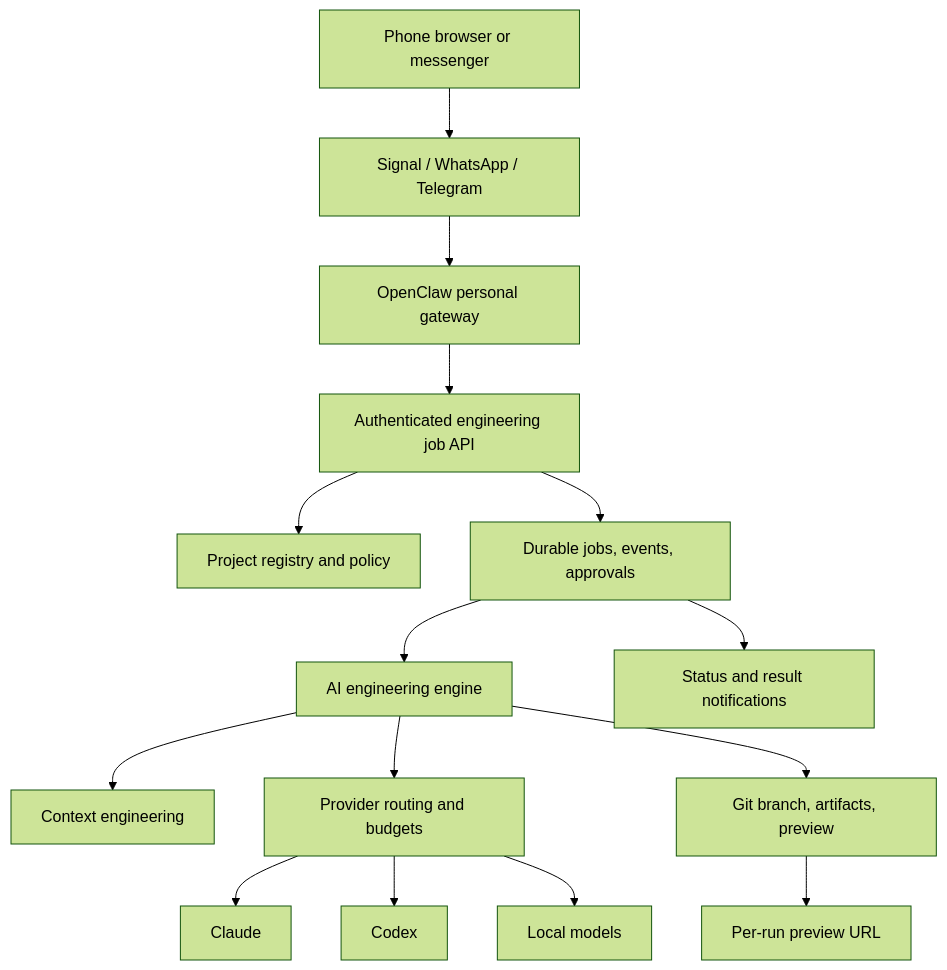
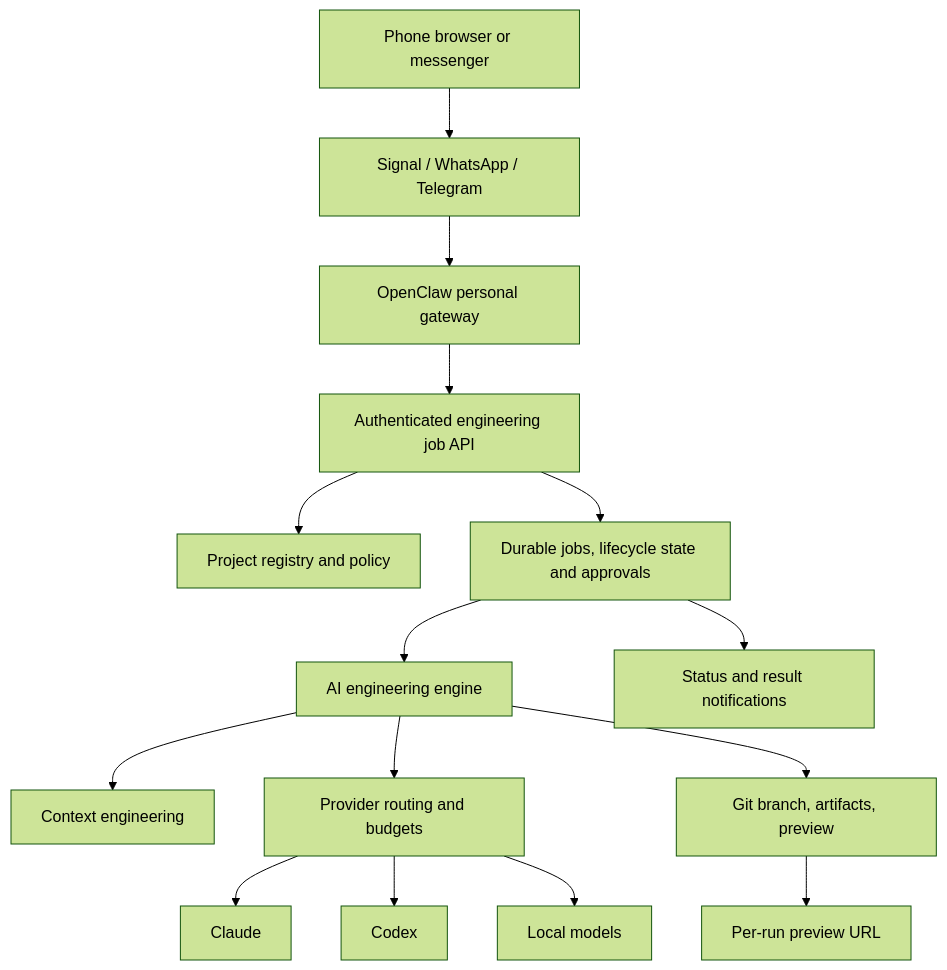
Before and after one commit to 4nass/ai-platform: the third of 3 diagrams in docs/architecture.md, drawn with Mermaid (forest theme). The commit also changed other lines of this file and 12 other files, not shown here.

````diff
--- a/docs/architecture.md
+++ b/docs/architecture.md
@@ -103,17 +103,17 @@
 ```mermaid
 flowchart TD
     PHONE["Phone browser or messenger"] --> CHANNEL["Signal / WhatsApp / Telegram"]
     CHANNEL --> GATEWAY["OpenClaw personal gateway"]
     GATEWAY --> API["Authenticated engineering job API"]
     API --> REG["Project registry and policy"]
-    API --> JOBS["Durable jobs, events, approvals"]
+    API --> JOBS["Durable jobs, lifecycle state and approvals"]
     JOBS --> ENGINE["AI engineering engine"]
     ENGINE --> CONTEXT["Context engineering"]
     ENGINE --> ROUTING["Provider routing and budgets"]
     ENGINE --> DELIVERY["Git branch, artifacts, preview"]
     ROUTING --> C["Claude"]
     ROUTING --> X["Codex"]
     ROUTING --> L["Local models"]
     DELIVERY --> PREVIEW["Per-run preview URL"]
     JOBS --> NOTIFY["Status and result notifications"]
 ```
````
